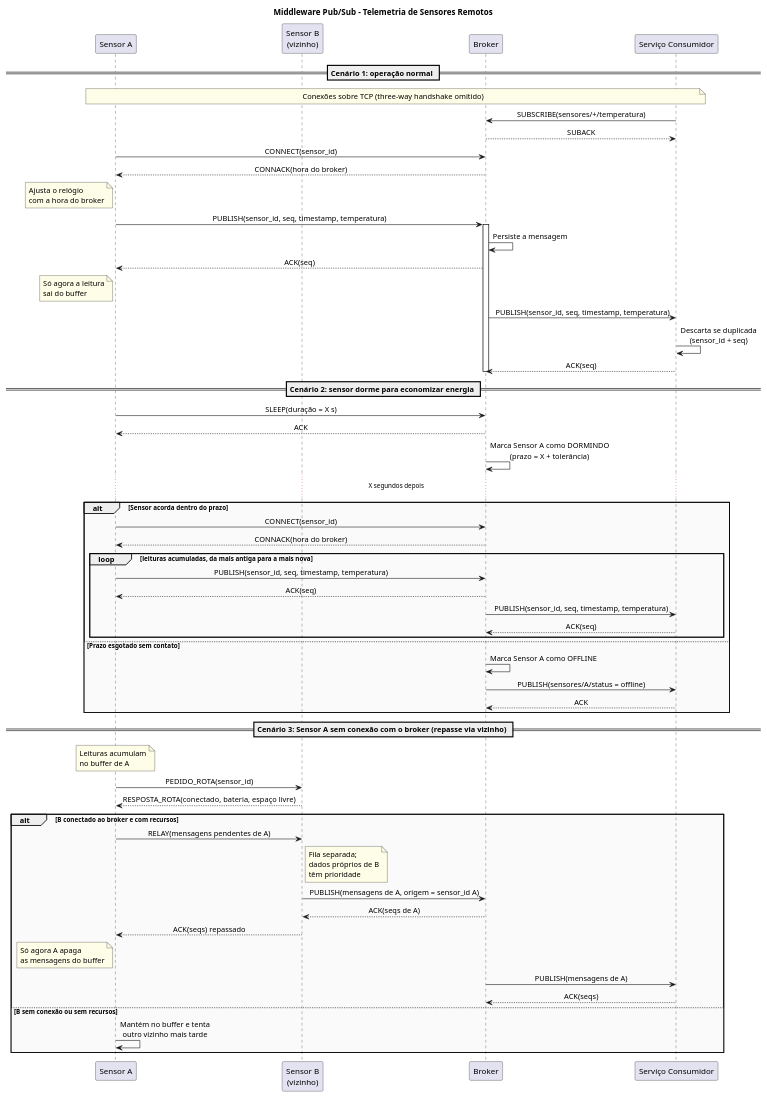
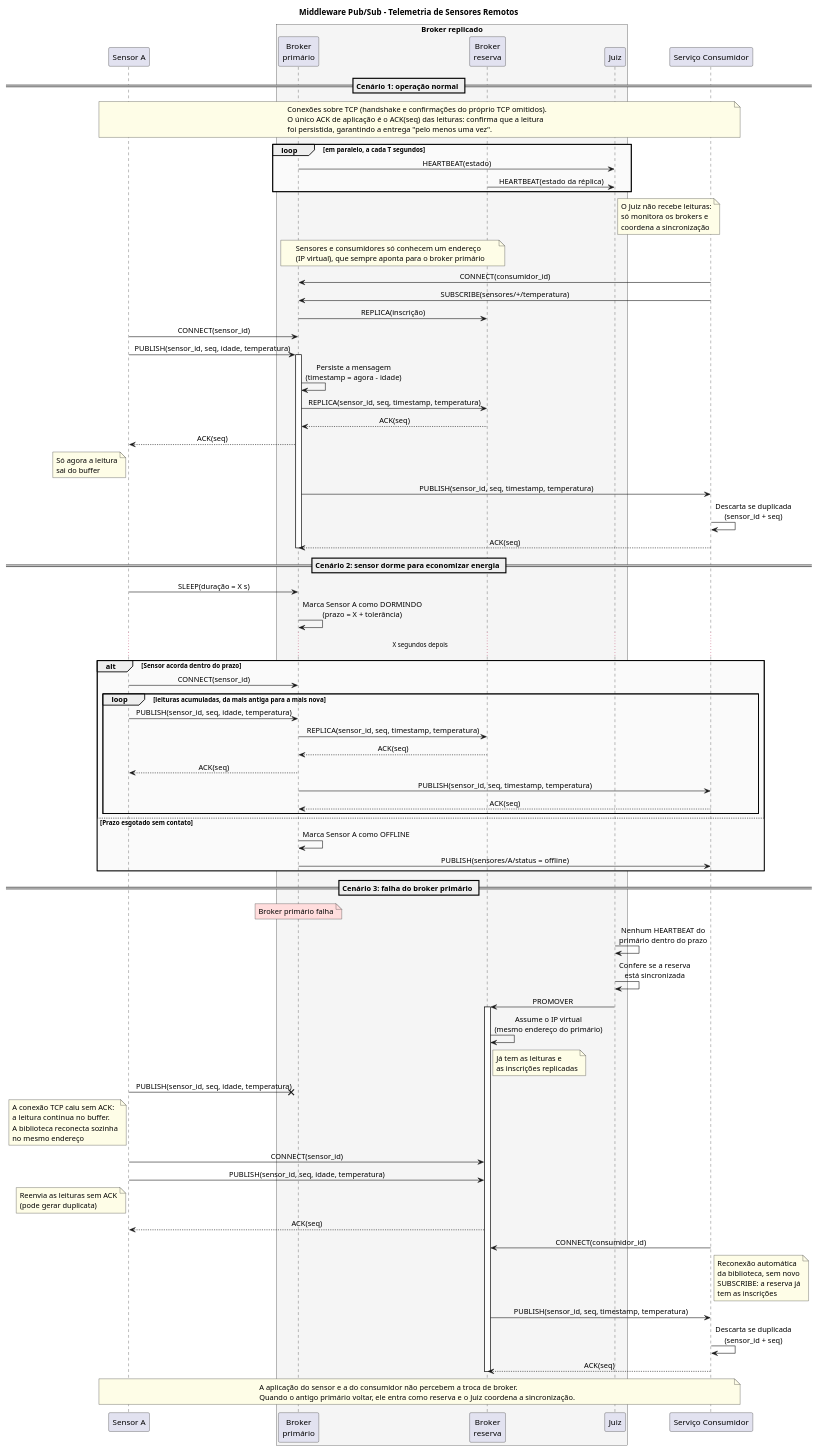
One commit to JoaoPedro-MAAR/Maktuf changed the diagram in diagrama_sequencia.puml. Above: the diagram before and after it, drawn with PlantUML. The commit also changed 4 other files, not shown here.

```diff
--- a/diagrama_sequencia.puml
+++ b/diagrama_sequencia.puml
@@ -1,78 +1,96 @@
 @startuml diagrama_sequencia
 title Middleware Pub/Sub - Telemetria de Sensores Remotos
 
 skinparam sequenceMessageAlign center
 skinparam responseMessageBelowArrow true
 skinparam noteBackgroundColor #FEFDE7
 skinparam sequenceGroupBodyBackgroundColor #FAFAFA
 
 participant "Sensor A" as A
-participant "Sensor B\n(vizinho)" as B
-participant "Broker" as BR
+box "Broker replicado" #F5F5F5
+participant "Broker\nprimário" as BR
+participant "Broker\nreserva" as RS
+participant "Juiz" as J
+end box
 participant "Serviço Consumidor" as C
 
 == Cenário 1: operação normal ==
 
-note over A, C : Conexões sobre TCP (three-way handshake omitido)
+note over A, C : Conexões sobre TCP (handshake e confirmações do próprio TCP omitidos).\nO único ACK de aplicação é o ACK(seq) das leituras: confirma que a leitura\nfoi persistida, garantindo a entrega "pelo menos uma vez".
 
+loop em paralelo, a cada T segundos
+  BR -> J : HEARTBEAT(estado)
+  RS -> J : HEARTBEAT(estado da réplica)
+end
+note right of J : O Juiz não recebe leituras:\nsó monitora os brokers e\ncoordena a sincronização
+note over BR, RS : Sensores e consumidores só conhecem um endereço\n(IP virtual), que sempre aponta para o broker primário
+
+C -> BR : CONNECT(consumidor_id)
 C -> BR : SUBSCRIBE(sensores/+/temperatura)
-BR --> C : SUBACK
+BR -> RS : REPLICA(inscrição)
 
 A -> BR : CONNECT(sensor_id)
-BR --> A : CONNACK(hora do broker)
-note left of A : Ajusta o relógio\ncom a hora do broker
 
-A -> BR : PUBLISH(sensor_id, seq, timestamp, temperatura)
+A -> BR : PUBLISH(sensor_id, seq, idade, temperatura)
 activate BR
-BR -> BR : Persiste a mensagem
+BR -> BR : Persiste a mensagem\n(timestamp = agora - idade)
+BR -> RS : REPLICA(sensor_id, seq, timestamp, temperatura)
+RS --> BR : ACK(seq)
 BR --> A : ACK(seq)
 note left of A : Só agora a leitura\nsai do buffer
 BR -> C : PUBLISH(sensor_id, seq, timestamp, temperatura)
 C -> C : Descarta se duplicada\n(sensor_id + seq)
 C --> BR : ACK(seq)
 deactivate BR
 
 == Cenário 2: sensor dorme para economizar energia ==
 
 A -> BR : SLEEP(duração = X s)
-BR --> A : ACK
 BR -> BR : Marca Sensor A como DORMINDO\n(prazo = X + tolerância)
 
 ... X segundos depois ...
 
 alt Sensor acorda dentro do prazo
   A -> BR : CONNECT(sensor_id)
-  BR --> A : CONNACK(hora do broker)
   loop leituras acumuladas, da mais antiga para a mais nova
-    A -> BR : PUBLISH(sensor_id, seq, timestamp, temperatura)
+    A -> BR : PUBLISH(sensor_id, seq, idade, temperatura)
+    BR -> RS : REPLICA(sensor_id, seq, timestamp, temperatura)
+    RS --> BR : ACK(seq)
     BR --> A : ACK(seq)
     BR -> C : PUBLISH(sensor_id, seq, timestamp, temperatura)
     C --> BR : ACK(seq)
   end
 else Prazo esgotado sem contato
   BR -> BR : Marca Sensor A como OFFLINE
   BR -> C : PUBLISH(sensores/A/status = offline)
-  C --> BR : ACK
 end
 
-== Cenário 3: Sensor A sem conexão com o broker (repasse via vizinho) ==
+== Cenário 3: falha do broker primário ==
 
-note over A : Leituras acumulam\nno buffer de A
+note over BR #FFDDDD : Broker primário falha
 
-A -> B : PEDIDO_ROTA(sensor_id)
-B --> A : RESPOSTA_ROTA(conectado, bateria, espaço livre)
+J -> J : Nenhum HEARTBEAT do\nprimário dentro do prazo
+J -> J : Confere se a reserva\nestá sincronizada
+J -> RS : PROMOVER
+activate RS
+RS -> RS : Assume o IP virtual\n(mesmo endereço do primário)
+note right of RS : Já tem as leituras e\nas inscrições replicadas
 
-alt B conectado ao broker e com recursos
-  A -> B : RELAY(mensagens pendentes de A)
-  note right of B : Fila separada;\ndados próprios de B\ntêm prioridade
-  B -> BR : PUBLISH(mensagens de A, origem = sensor_id A)
-  BR --> B : ACK(seqs de A)
-  B --> A : ACK(seqs) repassado
-  note left of A : Só agora A apaga\nas mensagens do buffer
-  BR -> C : PUBLISH(mensagens de A)
-  C --> BR : ACK(seqs)
-else B sem conexão ou sem recursos
-  A -> A : Mantém no buffer e tenta\noutro vizinho mais tarde
-end
+A ->x BR : PUBLISH(sensor_id, seq, idade, temperatura)
+note left of A : A conexão TCP caiu sem ACK:\na leitura continua no buffer.\nA biblioteca reconecta sozinha\nno mesmo endereço
+
+A -> RS : CONNECT(sensor_id)
+A -> RS : PUBLISH(sensor_id, seq, idade, temperatura)
+note left of A : Reenvia as leituras sem ACK\n(pode gerar duplicata)
+RS --> A : ACK(seq)
+
+C -> RS : CONNECT(consumidor_id)
+note right of C : Reconexão automática\nda biblioteca, sem novo\nSUBSCRIBE: a reserva já\ntem as inscrições
+RS -> C : PUBLISH(sensor_id, seq, timestamp, temperatura)
+C -> C : Descarta se duplicada\n(sensor_id + seq)
+C --> RS : ACK(seq)
+deactivate RS
+
+note over A, C : A aplicação do sensor e a do consumidor não percebem a troca de broker.\nQuando o antigo primário voltar, ele entra como reserva e o Juiz coordena a sincronização.
 
 @enduml
```
